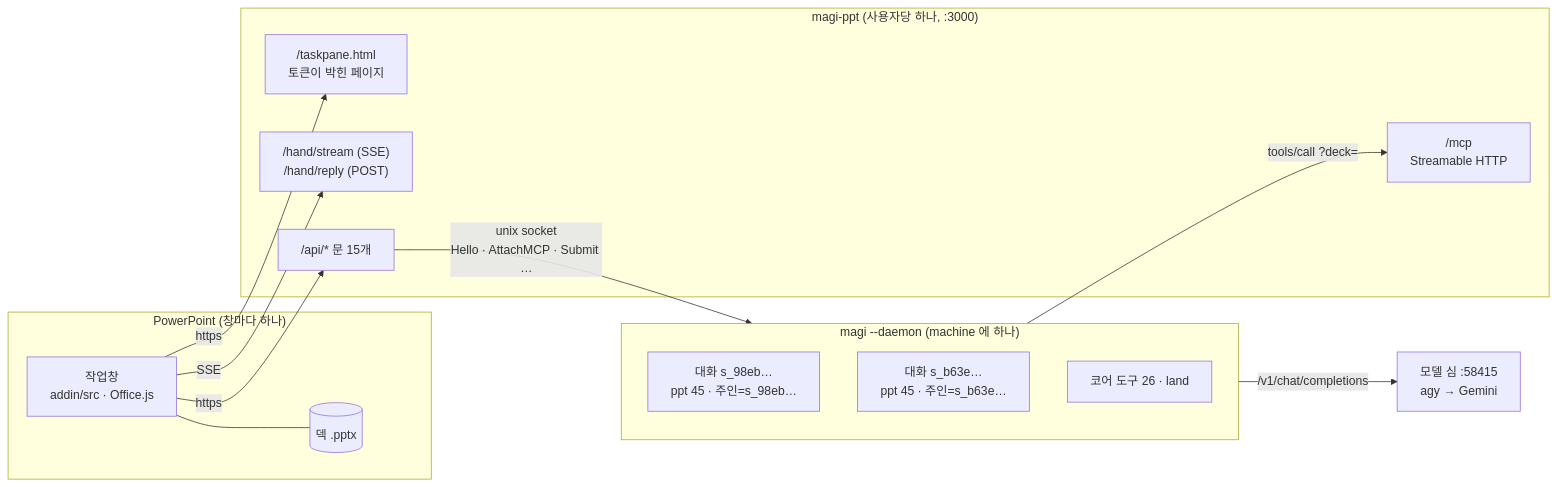
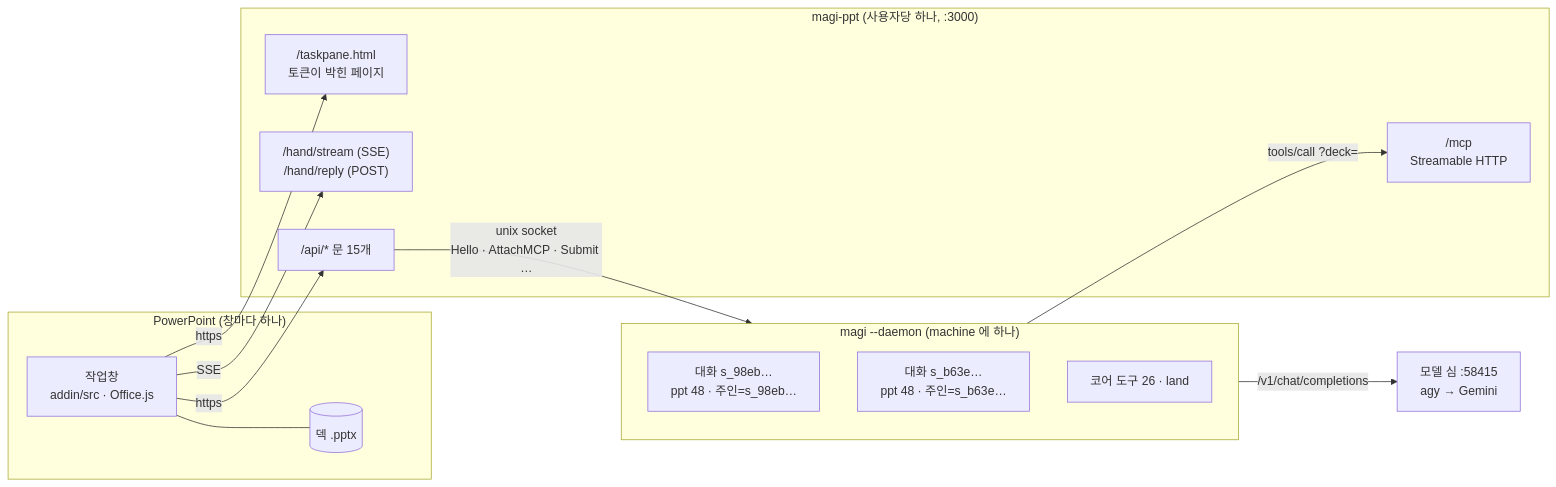
The first of 7 diagrams in clients/powerpoint/docs/DIAGRAMS.ko.md (sayaya1090/magi), drawn with Mermaid before and after one commit. The commit also changed other lines of this file and 12 other files, not shown here.

````diff
--- a/clients/powerpoint/docs/DIAGRAMS.ko.md
+++ b/clients/powerpoint/docs/DIAGRAMS.ko.md
@@ -19,26 +19,26 @@
 ```mermaid
 flowchart LR
   subgraph PPT["PowerPoint (창마다 하나)"]
     Deck[(덱 .pptx)]
     Pane["작업창<br/>addin/src · Office.js"]
     Pane --- Deck
   end
   subgraph Helper["magi-ppt (사용자당 하나, :3000)"]
     Page["/taskpane.html<br/>토큰이 박힌 페이지"]
     Hand["/hand/stream (SSE)<br/>/hand/reply (POST)"]
     API["/api/* 문 15개"]
     MCP["/mcp<br/>Streamable HTTP"]
   end
   subgraph Daemon["magi --daemon (machine 에 하나)"]
-    S1["대화 s_98eb…<br/>ppt 45 · 주인=s_98eb…"]
-    S2["대화 s_b63e…<br/>ppt 45 · 주인=s_b63e…"]
+    S1["대화 s_98eb…<br/>ppt 48 · 주인=s_98eb…"]
+    S2["대화 s_b63e…<br/>ppt 48 · 주인=s_b63e…"]
     Core["코어 도구 26 · land"]
   end
   Shim["모델 심 :58415<br/>agy → Gemini"]
   Pane -- https --> Page
   Pane -- SSE --> Hand
   Pane -- https --> API
   API -- "unix socket<br/>Hello · AttachMCP · Submit …" --> Daemon
   Daemon -- "tools/call ?deck=" --> MCP
   Daemon -- "/v1/chat/completions" --> Shim
 ```
````
